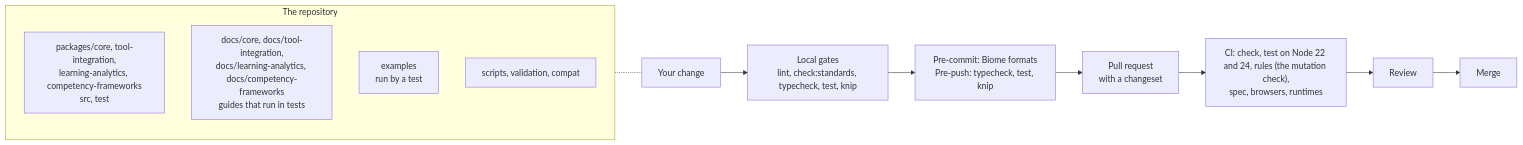
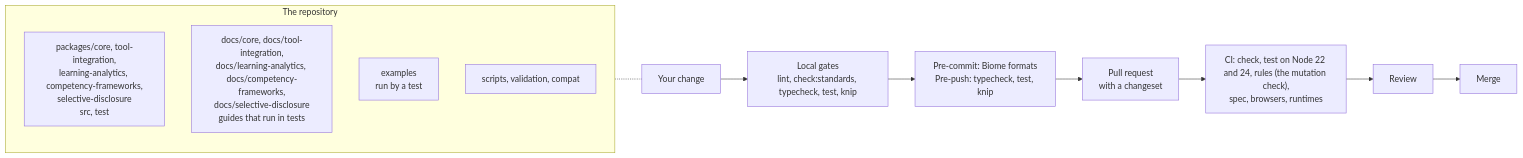
Before and after one commit to interopkit/interopkit: the diagram in CONTRIBUTING.md, drawn with Mermaid. The commit also changed 89 other files, not shown here.

First line of the commit message:
Add selective-disclosure: the ecdsa-sd-2023 cryptosuite with base proofs, derived proofs and verification

````diff
--- a/CONTRIBUTING.md
+++ b/CONTRIBUTING.md
@@ -6,16 +6,16 @@
 ```mermaid
 flowchart LR
   subgraph repo["The repository"]
-    packages["packages/core, tool-integration,<br/>learning-analytics, competency-frameworks<br/>src, test"]
-    docs["docs/core, docs/tool-integration,<br/>docs/learning-analytics, docs/competency-frameworks<br/>guides that run in tests"]
+    packages["packages/core, tool-integration,<br/>learning-analytics, competency-frameworks,<br/>selective-disclosure<br/>src, test"]
+    docs["docs/core, docs/tool-integration,<br/>docs/learning-analytics, docs/competency-frameworks,<br/>docs/selective-disclosure<br/>guides that run in tests"]
     examples["examples<br/>run by a test"]
     tooling["scripts, validation, compat"]
   end
   change["Your change"] --> local["Local gates<br/>lint, check:standards, typecheck, test, knip"]
   local --> hooks["Pre-commit: Biome formats<br/>Pre-push: typecheck, test, knip"]
   hooks --> pr["Pull request<br/>with a changeset"]
   pr --> ci["CI: check, test on Node 22 and 24, rules (the mutation check),<br/>spec, browsers, runtimes"]
   ci --> review["Review"]
   review --> merge["Merge"]
   repo -.- change
 ```
````
